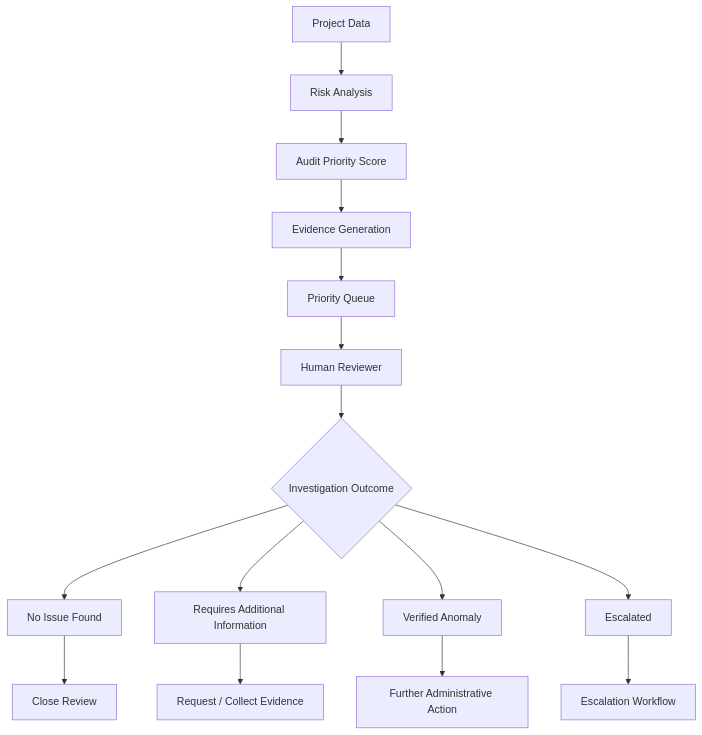
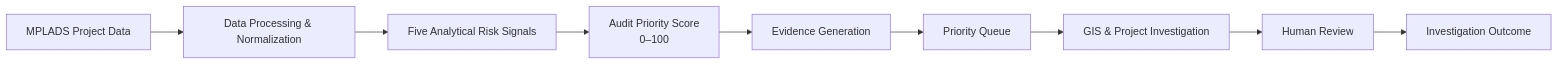
Before and after one commit to the-nidhi-bhat/mplads-sentinel: the first of 32 diagrams in README.md, drawn with Mermaid. The commit also changed other lines of this file, not shown here.

````diff
--- a/README.md
+++ b/README.md
@@ -499,20 +52,20 @@
 ```mermaid
-flowchart TD
-    A[Project Data] --> B[Risk Analysis]
-    B --> C[Audit Priority Score]
-    C --> D[Evidence Generation]
-    D --> E[Priority Queue]
-    E --> F[Human Reviewer]
+flowchart LR
 
-    F --> G{Investigation Outcome}
+    A["MPLADS Project Data"]
+    --> B["Data Processing & Normalization"]
 
-    G --> H[No Issue Found]
-    G --> I[Requires Additional Information]
-    G --> J[Verified Anomaly]
-    G --> K[Escalated]
+    B --> C["Five Analytical Risk Signals"]
 
-    H --> L[Close Review]
-    I --> M[Request / Collect Evidence]
-    J --> N[Further Administrative Action]
-    K --> O[Escalation Workflow]
+    C --> D["Audit Priority Score<br/>0–100"]
+
+    D --> E["Evidence Generation"]
+
+    E --> F["Priority Queue"]
+
+    F --> G["GIS & Project Investigation"]
+
+    G --> H["Human Review"]
+
+    H --> I["Investigation Outcome"]
 ```
````
